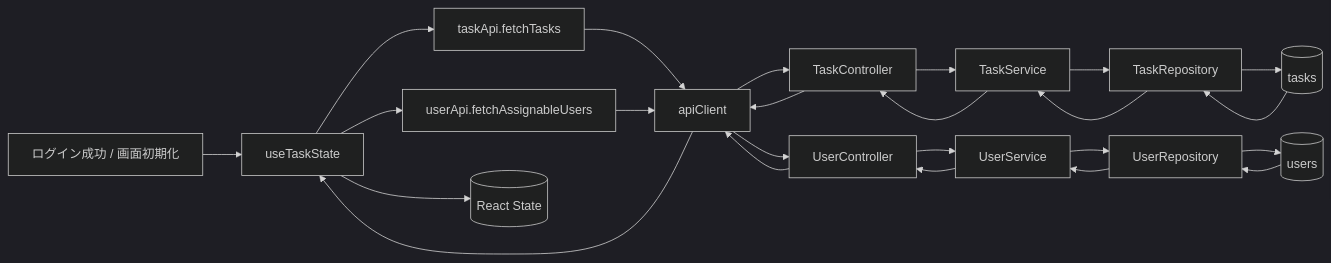
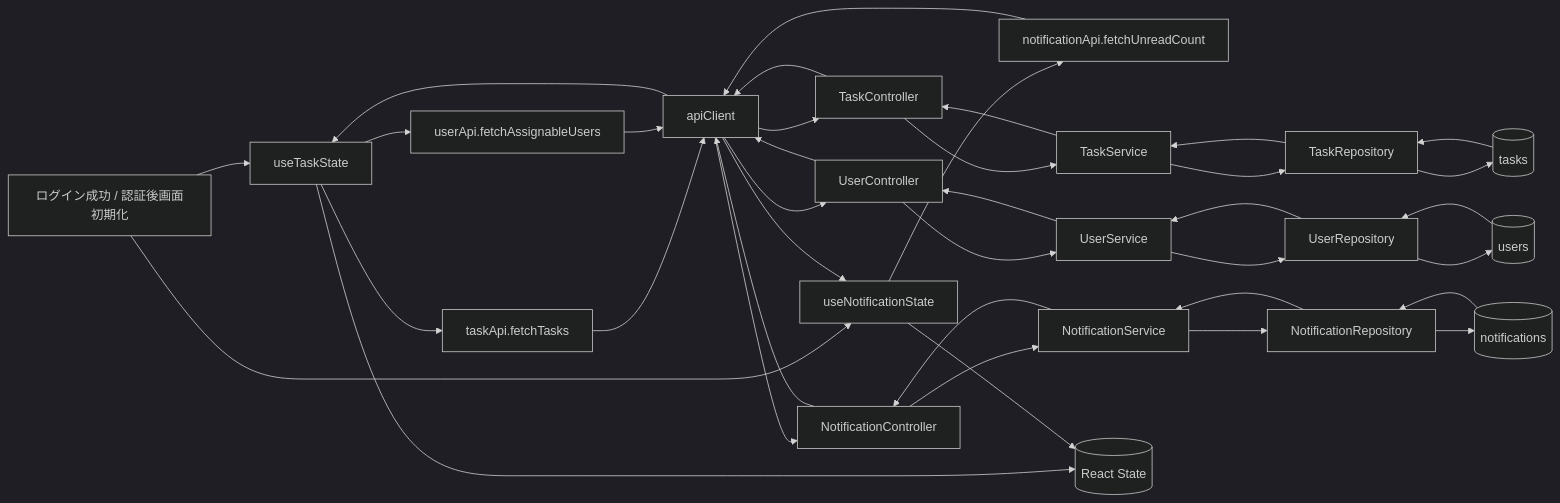
The sixth of 28 diagrams in docs/01_設計/08_データフロー図設計書.md (kitune-udon/task-manager-app), drawn with Mermaid (dark theme) before and after one commit. The commit also changed other lines of this file and 10 other files, not shown here.

````diff
--- a/docs/01_設計/08_データフロー図設計書.md
+++ b/docs/01_設計/08_データフロー図設計書.md
@@ -323,51 +393,70 @@
 ```mermaid
 flowchart LR
-    A["ログイン成功 / 画面初期化"]
+    A["ログイン成功 / 認証後画面初期化"]
     TS["useTaskState"]
+    NS["useNotificationState"]
     TA["taskApi.fetchTasks"]
     UA["userApi.fetchAssignableUsers"]
+    NA["notificationApi.fetchUnreadCount"]
     AC["apiClient"]
     TC["TaskController"]
     UC["UserController"]
+    NC["NotificationController"]
     TSVC["TaskService"]
     USVC["UserService"]
+    NSVC["NotificationService"]
     TR["TaskRepository"]
     UR["UserRepository"]
+    NR["NotificationRepository"]
     DB1[("tasks")]
     DB2[("users")]
+    DB3[("notifications")]
     ST[("React State")]
 
     A --> TS
+    A --> NS
     TS --> TA
     TS --> UA
+    NS --> NA
 
     TA --> AC
     UA --> AC
+    NA --> AC
 
     AC --> TC
     AC --> UC
+    AC --> NC
 
     TC --> TSVC
     UC --> USVC
+    NC --> NSVC
 
     TSVC --> TR
     USVC --> UR
+    NSVC --> NR
 
     TR --> DB1
     UR --> DB2
+    NR --> DB3
 
     DB1 --> TR
     DB2 --> UR
+    DB3 --> NR
 
     TR --> TSVC
     UR --> USVC
+    NR --> NSVC
 
     TSVC --> TC
     USVC --> UC
+    NSVC --> NC
 
     TC --> AC
     UC --> AC
+    NC --> AC
 
     AC --> TS
+    AC --> NS
     TS --> ST
+    NS --> ST
 ```
````
